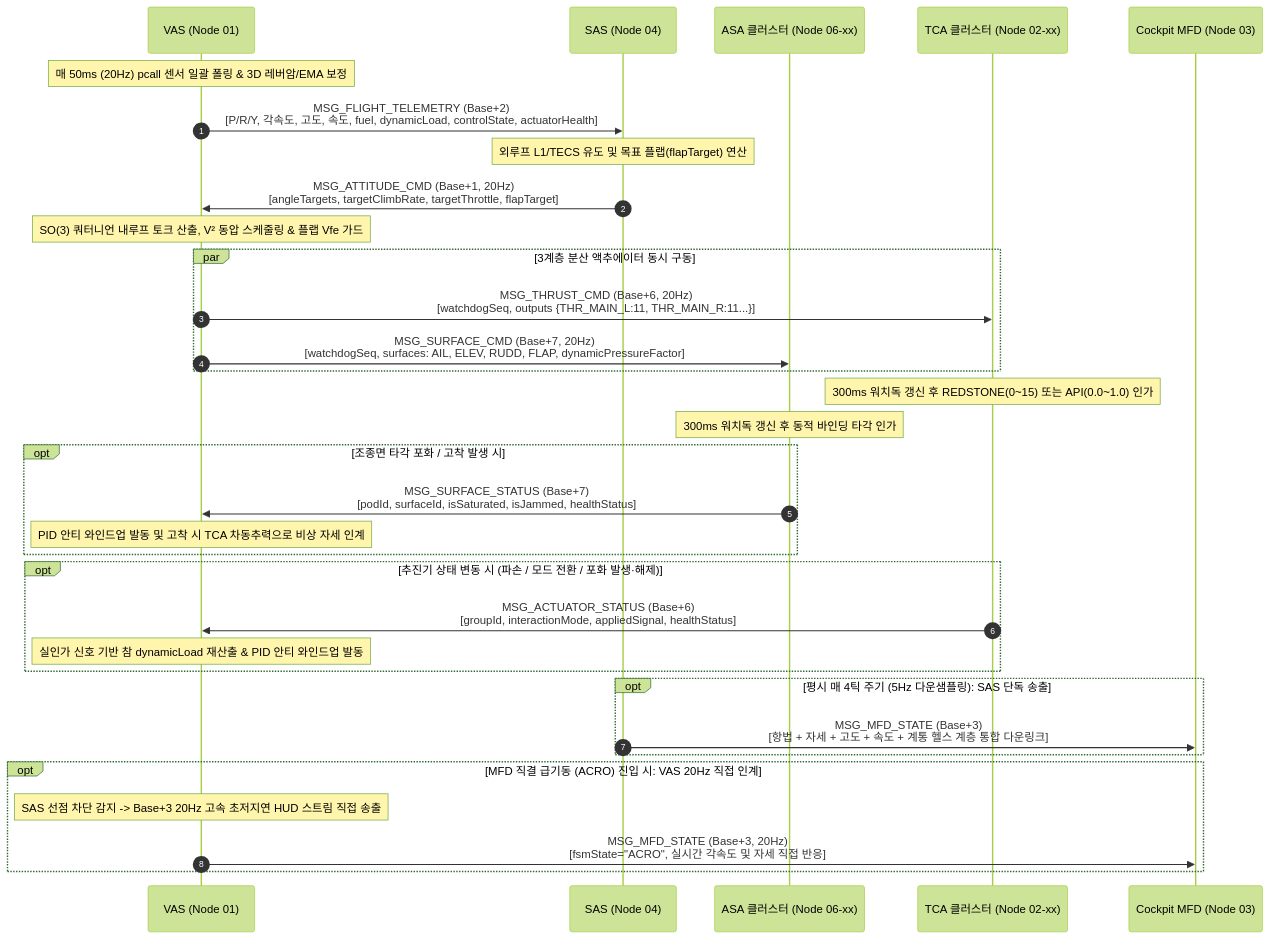
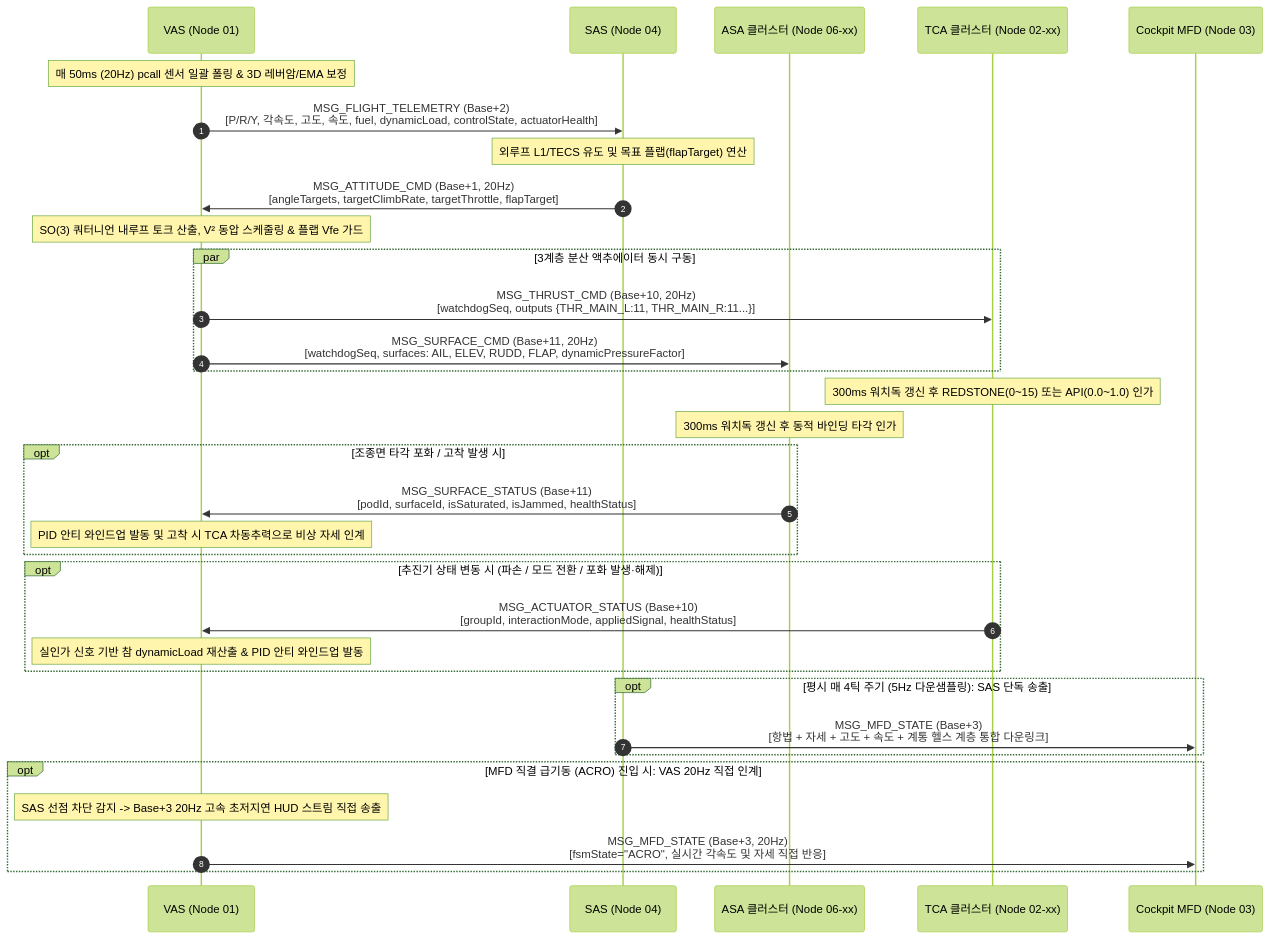
Before and after one commit to Polimachi/Aeroneutics_Autopilot: the third of 9 diagrams in docs/system/SYSTEM_PROGRAM_RELATION_AND_PACKET_DIAGRAM.md, drawn with Mermaid (forest theme). The commit also changed other lines of this file and 30 other files, not shown here.

First line of the commit message:
docs: refactor system specifications to 40-channel internal zone architecture

````diff
--- a/docs/system/SYSTEM_PROGRAM_RELATION_AND_PACKET_DIAGRAM.md
+++ b/docs/system/SYSTEM_PROGRAM_RELATION_AND_PACKET_DIAGRAM.md
@@ -271,43 +278,43 @@
 ```mermaid
 sequenceDiagram
     autonumber
     participant C as VAS (Node 01)
     participant U as SAS (Node 04)
     participant W as ASA 클러스터 (Node 06-xx)
     participant T as TCA 클러스터 (Node 02-xx)
     participant M as Cockpit MFD (Node 03)
 
     Note over C: 매 50ms (20Hz) pcall 센서 일괄 폴링 & 3D 레버암/EMA 보정
     C->>U: MSG_FLIGHT_TELEMETRY (Base+2)<br/>[P/R/Y, 각속도, 고도, 속도, fuel, dynamicLoad, controlState, actuatorHealth]
     
     Note over U: 외루프 L1/TECS 유도 및 목표 플랩(flapTarget) 연산
     U->>C: MSG_ATTITUDE_CMD (Base+1, 20Hz)<br/>[angleTargets, targetClimbRate, targetThrottle, flapTarget]
 
     Note over C: SO(3) 쿼터니언 내루프 토크 산출, V² 동압 스케줄링 & 플랩 Vfe 가드
     par 3계층 분산 액추에이터 동시 구동
-        C->>T: MSG_THRUST_CMD (Base+6, 20Hz)<br/>[watchdogSeq, outputs {THR_MAIN_L:11, THR_MAIN_R:11...}]
-        C->>W: MSG_SURFACE_CMD (Base+7, 20Hz)<br/>[watchdogSeq, surfaces: AIL, ELEV, RUDD, FLAP, dynamicPressureFactor]
+        C->>T: MSG_THRUST_CMD (Base+10, 20Hz)<br/>[watchdogSeq, outputs {THR_MAIN_L:11, THR_MAIN_R:11...}]
+        C->>W: MSG_SURFACE_CMD (Base+11, 20Hz)<br/>[watchdogSeq, surfaces: AIL, ELEV, RUDD, FLAP, dynamicPressureFactor]
     end
 
     Note over T: 300ms 워치독 갱신 후 REDSTONE(0~15) 또는 API(0.0~1.0) 인가
     Note over W: 300ms 워치독 갱신 후 동적 바인딩 타각 인가
 
     opt 조종면 타각 포화 / 고착 발생 시
-        W->>C: MSG_SURFACE_STATUS (Base+7)<br/>[podId, surfaceId, isSaturated, isJammed, healthStatus]
+        W->>C: MSG_SURFACE_STATUS (Base+11)<br/>[podId, surfaceId, isSaturated, isJammed, healthStatus]
         Note over C: PID 안티 와인드업 발동 및 고착 시 TCA 차동추력으로 비상 자세 인계
     end
 
     opt 추진기 상태 변동 시 (파손 / 모드 전환 / 포화 발생·해제)
-        T->>C: MSG_ACTUATOR_STATUS (Base+6)<br/>[groupId, interactionMode, appliedSignal, healthStatus]
+        T->>C: MSG_ACTUATOR_STATUS (Base+10)<br/>[groupId, interactionMode, appliedSignal, healthStatus]
         Note over C: 실인가 신호 기반 참 dynamicLoad 재산출 & PID 안티 와인드업 발동
     end
 
     opt 평시 매 4틱 주기 (5Hz 다운샘플링): SAS 단독 송출
         U->>M: MSG_MFD_STATE (Base+3)<br/>[항법 + 자세 + 고도 + 속도 + 계통 헬스 계층 통합 다운링크]
     end
 
     opt MFD 직결 급기동 (ACRO) 진입 시: VAS 20Hz 직접 인계
         Note over C: SAS 선점 차단 감지 -> Base+3 20Hz 고속 초저지연 HUD 스트림 직접 송출
         C->>M: MSG_MFD_STATE (Base+3, 20Hz)<br/>[fsmState="ACRO", 실시간 각속도 및 자세 직접 반응]
     end
 ```
````
